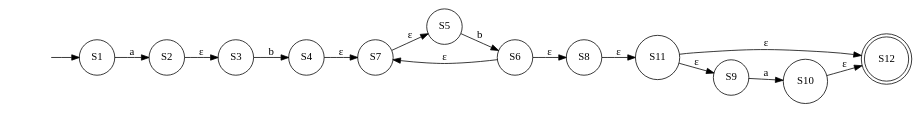
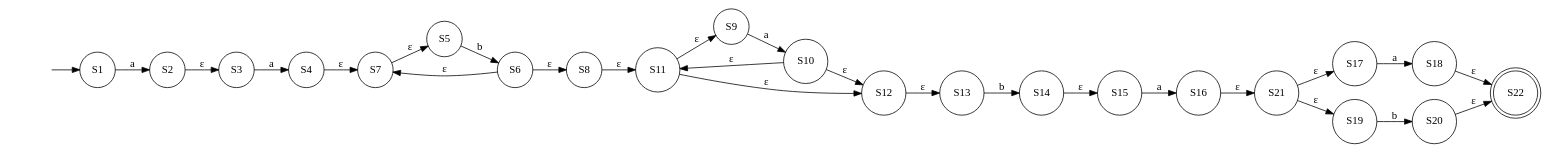
One commit to ZiadSheriif/AutoMajestic changed the diagram in output/nfa/nfa.gv. Above: the diagram before and after it, drawn with Graphviz. The commit also changed 31 other files, not shown here.

```diff
--- a/output/nfa/nfa.gv
+++ b/output/nfa/nfa.gv
@@ -1,30 +1,52 @@
 digraph NFA {
 	"" [shape=none]
 	"" -> S1
 	S1 [shape=circle]
 	S1 -> S2 [label=a]
 	S10 [shape=circle]
+	S10 -> S11 [label="ε"]
 	S10 -> S12 [label="ε"]
 	S11 [shape=circle]
 	S11 -> S9 [label="ε"]
 	S11 -> S12 [label="ε"]
-	S12 [shape=doublecircle]
+	S12 [shape=circle]
+	S12 -> S13 [label="ε"]
+	S13 [shape=circle]
+	S13 -> S14 [label=b]
+	S14 [shape=circle]
+	S14 -> S15 [label="ε"]
+	S15 [shape=circle]
+	S15 -> S16 [label=a]
+	S16 [shape=circle]
+	S16 -> S21 [label="ε"]
+	S17 [shape=circle]
+	S17 -> S18 [label=a]
+	S18 [shape=circle]
+	S18 -> S22 [label="ε"]
+	S19 [shape=circle]
+	S19 -> S20 [label=b]
 	S2 [shape=circle]
 	S2 -> S3 [label="ε"]
+	S20 [shape=circle]
+	S20 -> S22 [label="ε"]
+	S21 [shape=circle]
+	S21 -> S17 [label="ε"]
+	S21 -> S19 [label="ε"]
+	S22 [shape=doublecircle]
 	S3 [shape=circle]
-	S3 -> S4 [label=b]
+	S3 -> S4 [label=a]
 	S4 [shape=circle]
 	S4 -> S7 [label="ε"]
 	S5 [shape=circle]
 	S5 -> S6 [label=b]
 	S6 [shape=circle]
 	S6 -> S7 [label="ε"]
 	S6 -> S8 [label="ε"]
 	S7 [shape=circle]
 	S7 -> S5 [label="ε"]
 	S8 [shape=circle]
 	S8 -> S11 [label="ε"]
 	S9 [shape=circle]
 	S9 -> S10 [label=a]
 	rankdir=LR
 }
```
